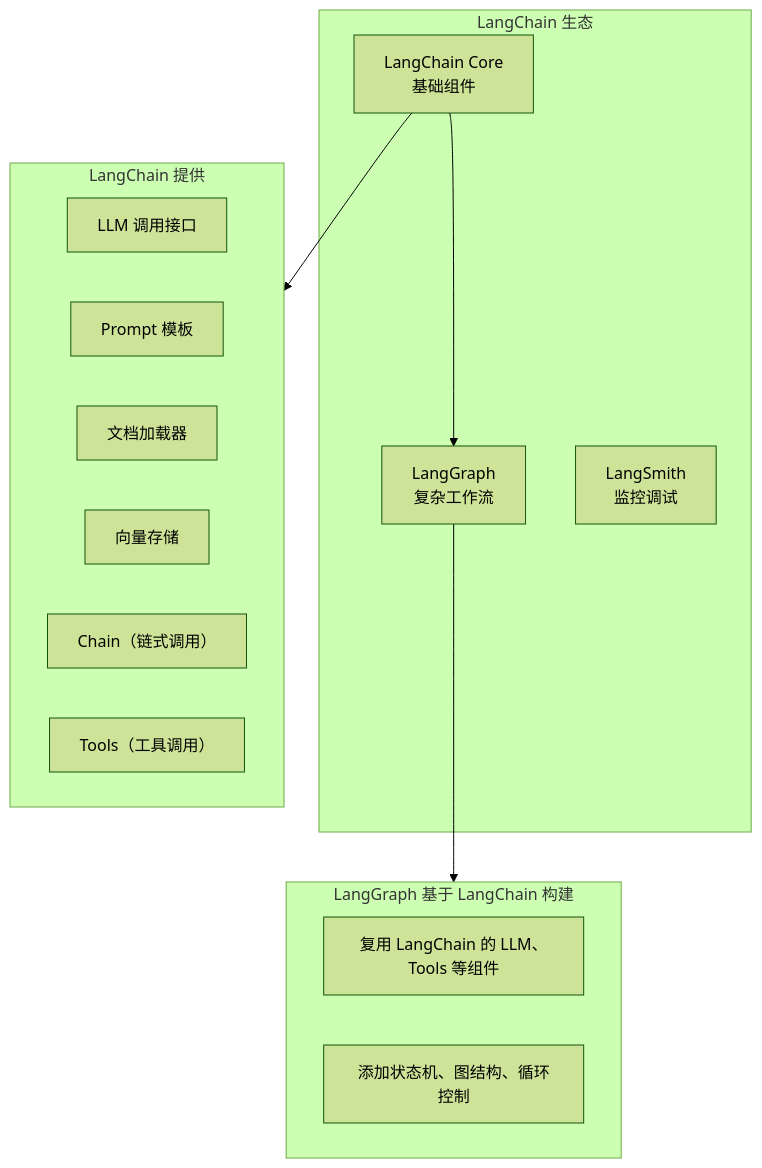
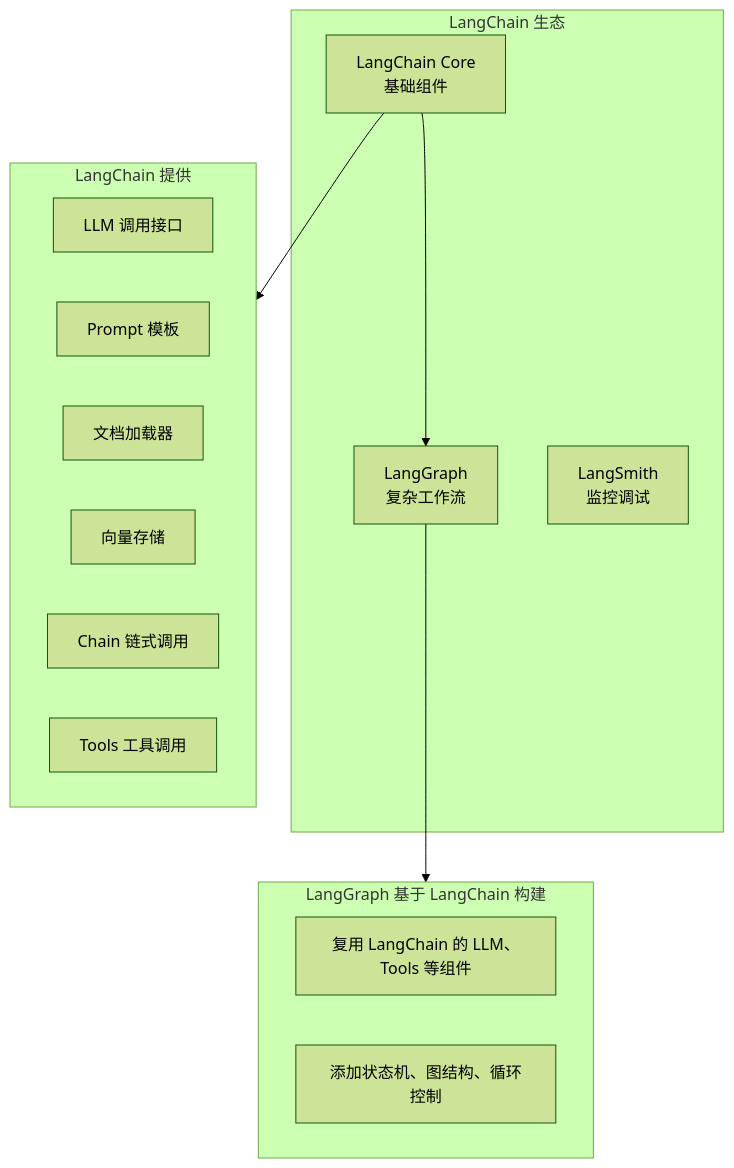
Before and after one commit to jpixy/jpixy.github.io: the first of 8 diagrams in content/articles/ai/ai-08-LangGraph详解.md, drawn with Mermaid (forest theme). The commit also changed other lines of this file and 66 other files, not shown here.

Commit message:
fix: resolve Mermaid syntax errors by removing parentheses in node labels

````diff
--- a/content/articles/ai/ai-08-LangGraph详解.md
+++ b/content/articles/ai/ai-08-LangGraph详解.md
@@ -24,26 +24,26 @@
 ```mermaid
 graph TB
     subgraph Eco["LangChain 生态"]
         LC[LangChain Core<br/>基础组件]
         LG[LangGraph<br/>复杂工作流]
         LS[LangSmith<br/>监控调试]
     end
     
     subgraph LCProvides["LangChain 提供"]
         L1[LLM 调用接口]
         L2[Prompt 模板]
         L3[文档加载器]
         L4[向量存储]
-        L5["Chain（链式调用）"]
-        L6["Tools（工具调用）"]
+        L5["Chain 链式调用"]
+        L6["Tools 工具调用"]
     end
     
     subgraph LGExtends["LangGraph 基于 LangChain 构建"]
         G1[复用 LangChain 的 LLM、Tools 等组件]
         G2[添加状态机、图结构、循环控制]
     end
     
     LC --> LCProvides
     LC --> LG
     LG --> LGExtends
 ```
````
